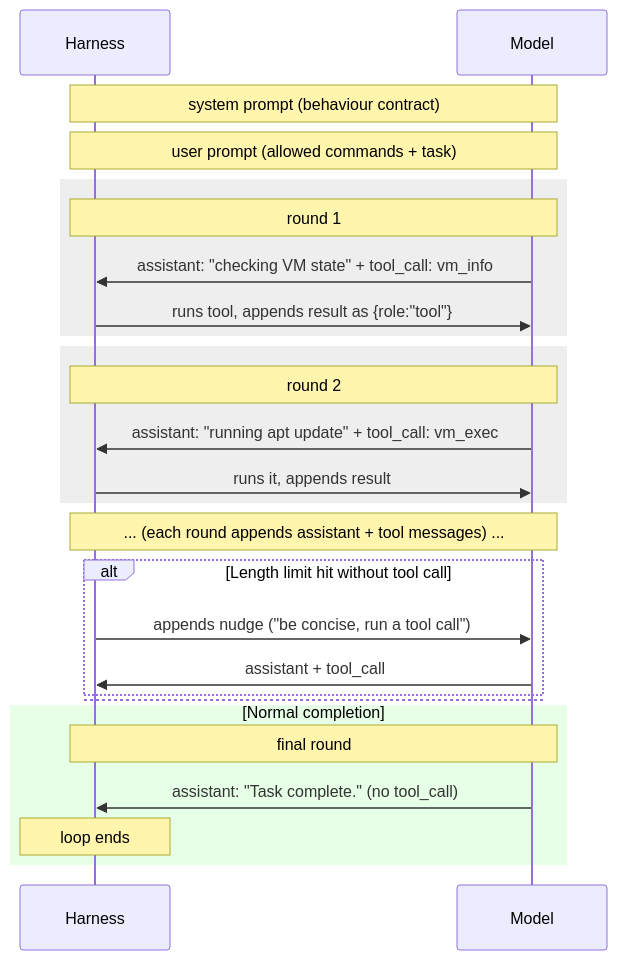
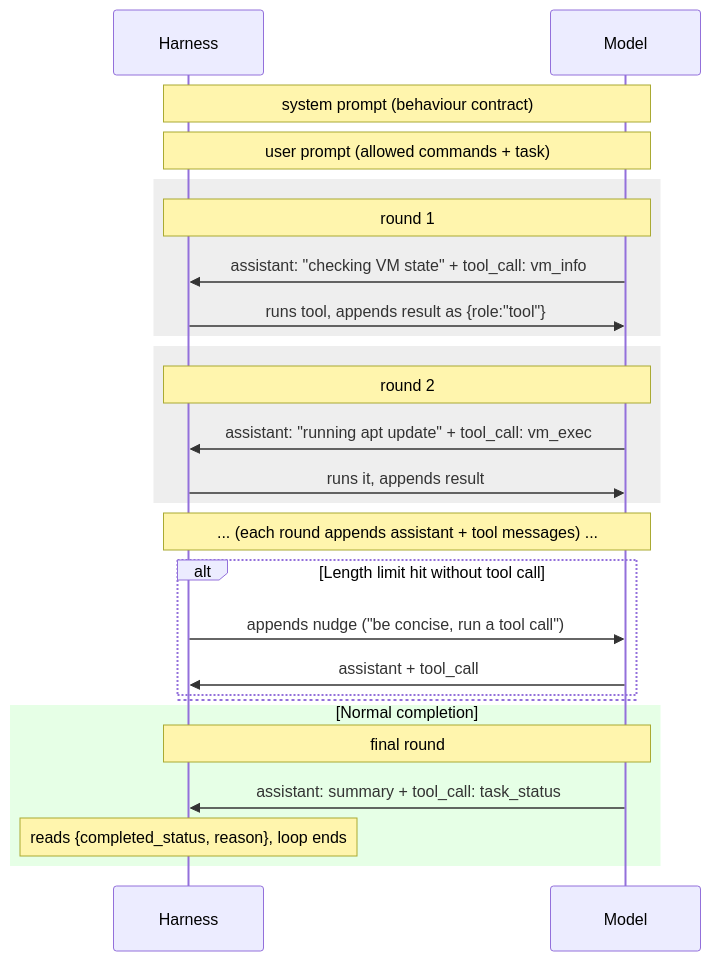
One commit to trollLemon/MPHarness changed the diagram in docs/explaination/tool_calling.md. Above: the diagram before and after it, drawn with Mermaid. The commit also changed other lines of this file and 34 other files, not shown here.

First line of the commit message:
Task completion status (#32)

````diff
--- a/docs/explaination/tool_calling.md
+++ b/docs/explaination/tool_calling.md
@@ -49,34 +66,34 @@
 ```mermaid
 sequenceDiagram
     participant Harness
     participant Model
 
     Note over Harness,Model: system prompt (behaviour contract)
     Note over Harness,Model: user prompt (allowed commands + task)
 
     rect rgb(238, 238, 238)
     Note over Harness,Model: round 1
     Model->>Harness: assistant: "checking VM state" + tool_call: vm_info
     Harness->>Model: runs tool, appends result as {role:"tool"}
     end
 
     rect rgb(238, 238, 238)
     Note over Harness,Model: round 2
     Model->>Harness: assistant: "running apt update" + tool_call: vm_exec
     Harness->>Model: runs it, appends result
     end
 
     Note over Harness,Model: ... (each round appends assistant + tool messages) ...
 
     alt Length limit hit without tool call
         Harness->>Model: appends nudge ("be concise, run a tool call")
         Model->>Harness: assistant + tool_call
     else Normal completion
     end
 
     rect rgb(230, 255, 230)
     Note over Harness,Model: final round
-    Model->>Harness: assistant: "Task complete." (no tool_call)
-    Note over Harness: loop ends
+    Model->>Harness: assistant: summary + tool_call: task_status
+    Note over Harness: reads {completed_status, reason}, loop ends
     end
 ```
````
